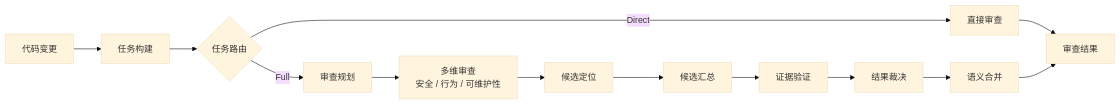
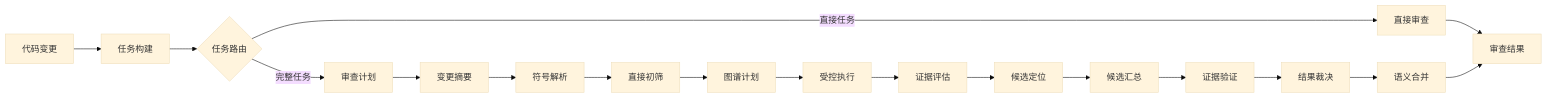
One commit to baiyun689/Codeguard changed the second of 2 diagrams in README.md. Above: the diagram before and after it, drawn with Mermaid (base theme). The commit also changed other lines of this file, not shown here.

````diff
--- a/README.md
+++ b/README.md
@@ -57,17 +57,22 @@
 ```mermaid
 flowchart LR
     Diff[代码变更] --> Tasks[任务构建]
     Tasks --> Route{任务路由}
 
-    Route -->|Direct| Direct[直接审查]
-    Route -->|Full| Plan[审查规划]
-    Plan --> Reviewers[多维审查<br/>安全 / 行为 / 可维护性]
-    Reviewers --> Locate[候选定位]
+    Route -->|直接任务| Direct[直接审查]
+    Route -->|完整任务| Plan[审查计划]
+    Plan --> Summary[变更摘要]
+    Summary --> Symbols[符号解析]
+    Symbols --> Triage[直接初筛]
+    Triage --> GraphPlan[图谱计划]
+    GraphPlan --> Execute[受控执行]
+    Execute --> Assess[证据评估]
+    Assess --> Locate[候选定位]
     Locate --> Collect[候选汇总]
     Collect --> Verify[证据验证]
     Verify --> Judge[结果裁决]
     Judge --> Merge[语义合并]
 
     Direct --> Result[审查结果]
     Merge --> Result
 ```
````
